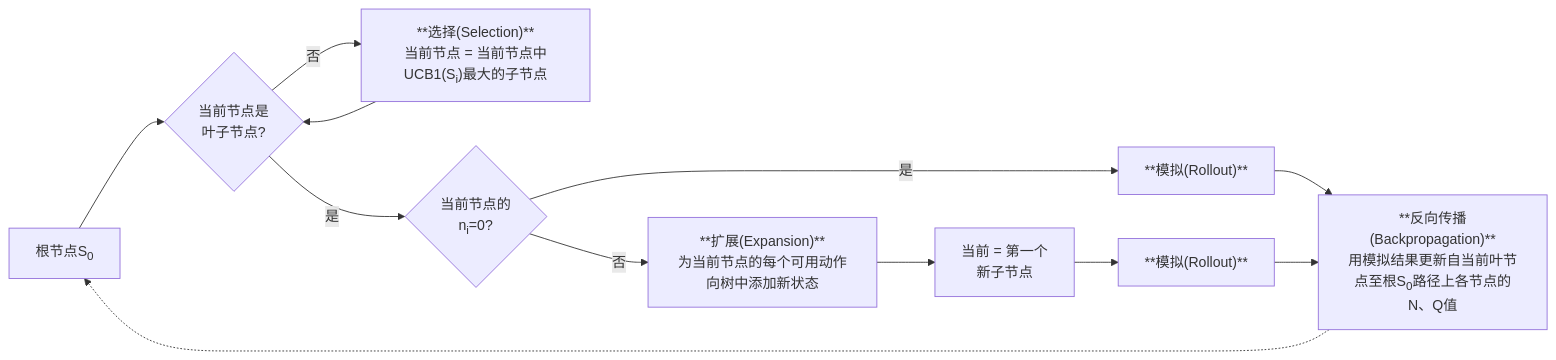
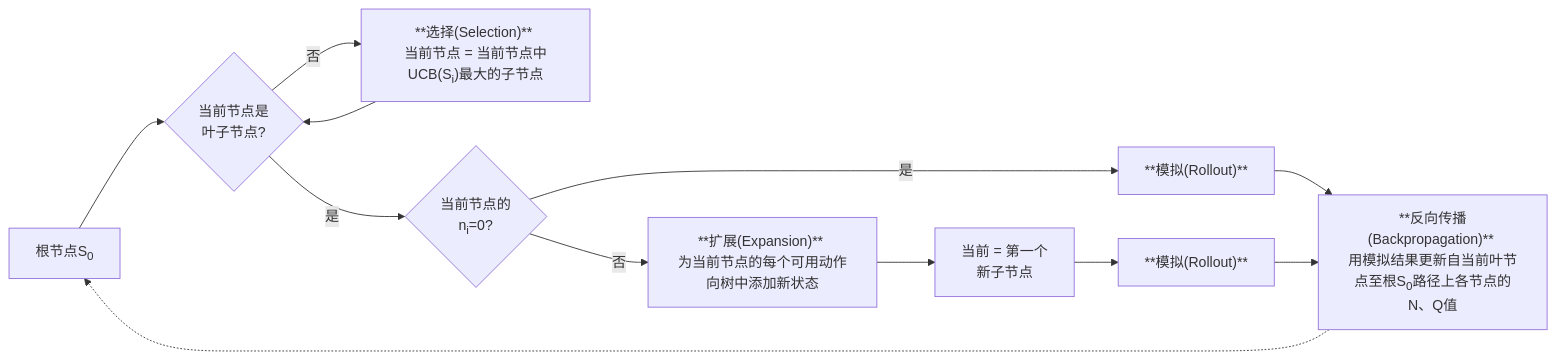
Before and after one commit to s7ev3n/blog.space: the diagram in src/content/post/mcts/index.md, drawn with Mermaid. The commit also changed other lines of this file, not shown here.

```diff
--- a/src/content/post/mcts/index.md
+++ b/src/content/post/mcts/index.md
@@ -40,15 +42,15 @@
 <div class="mermaid">
 graph LR
     B["根节点S<sub>0</sub>"] --> C{"当前节点是<br/>叶子节点?"};
-    C -- 否 --> D["**选择(Selection)**<br/>当前节点 = 当前节点中UCB1(S<sub>i</sub>)最大的子节点"];
+    C -- 否 --> D["**选择(Selection)** <br/>当前节点 = 当前节点中UCB(S<sub>i</sub>)最大的子节点"];
     D --> C;
     C -- 是 --> E{"当前节点的<br/>n<sub>i</sub>=0?"};
     E -- 是 --> F["**模拟(Rollout)**"];
-    E -- 否 --> G["**扩展(Expansion)**<br/>为当前节点的每个可用动作向树中添加新状态"];
+    E -- 否 --> G["**扩展(Expansion)** <br/>为当前节点的每个可用动作向树中添加新状态"];
     G --> H["当前 = 第一个<br/>新子节点"];
     H --> I["**模拟(Rollout)**"];
-    J["**反向传播(Backpropagation)**<br/>用模拟结果更新自当前叶节点至根S<sub>0</sub>路径上各节点的N、Q值"];
+    J["**反向传播(Backpropagation)** <br/>用模拟结果更新自当前叶节点至根S<sub>0</sub>路径上各节点的N、Q值"];
     F --> J;
     I --> J;
     J -.-> B;
 </div>
```
